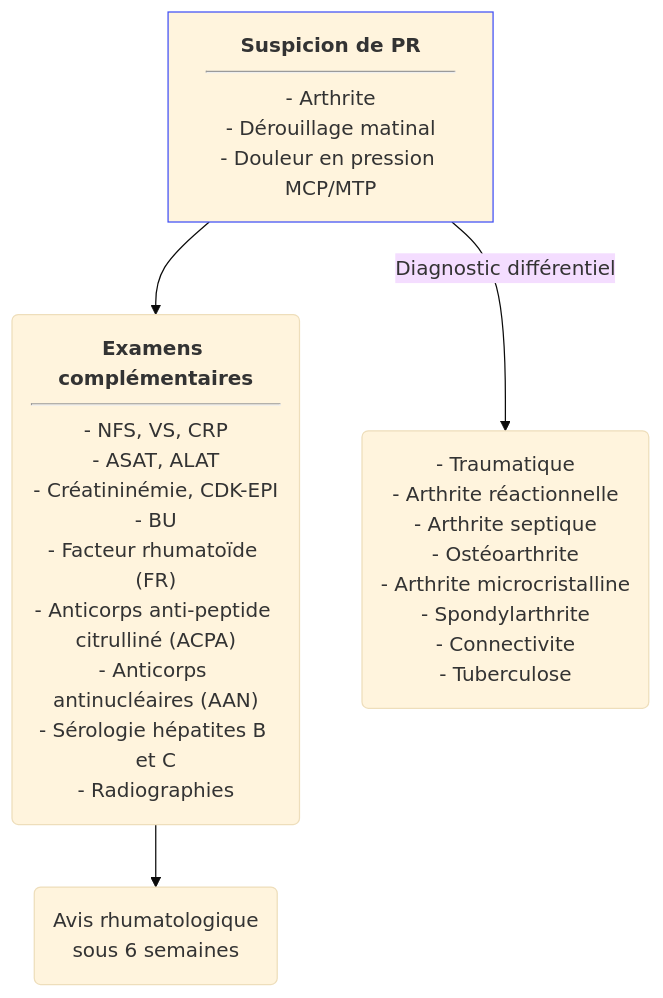
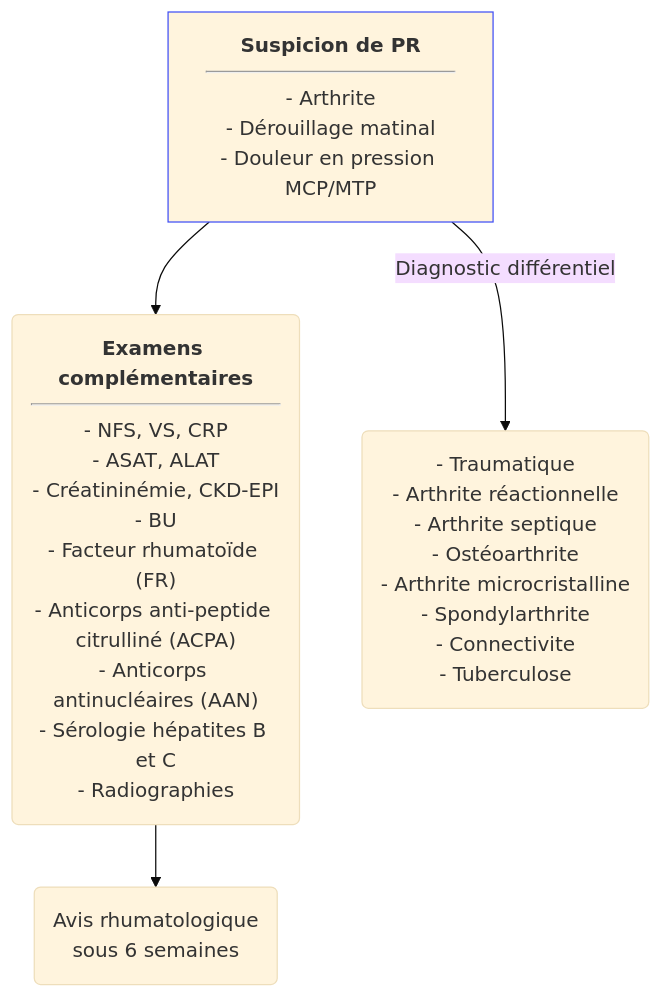
One commit to djibe/recommandations-medicales changed the diagram in content/recommandations/polyarthrite-rhumatoide.md. Above: the diagram before and after it, drawn with Mermaid (base theme). The commit also changed other lines of this file and 17 other files, not shown here.

```diff
--- a/content/recommandations/polyarthrite-rhumatoide.md
+++ b/content/recommandations/polyarthrite-rhumatoide.md
@@ -279,8 +279,8 @@
 {{< mermaid title="Conduite à tenir pour le diagnostic de la polyarthrite rhumatoïde. Dr JB FRON d'après SFRhumato 2018" >}}
 graph TB
   suspicion["<b>Suspicion de PR</b><hr>- Arthrite<br>- Dérouillage matinal<br>- Douleur en pression MCP/MTP"]
   style suspicion stroke:#4150f5, stroke-width:1px
-    suspicion --> bilan("<b>Examens complémentaires</b><hr>- NFS, VS, CRP<br>- ASAT, ALAT<br>- Créatininémie, CDK-EPI<br>- BU<br>- Facteur rhumatoïde (FR)<br>- Anticorps anti-peptide citrulliné (ACPA)<br>- Anticorps antinucléaires (AAN)<br>- Sérologie hépatites B et C<br>- Radiographies")
+    suspicion --> bilan("<b>Examens complémentaires</b><hr>- NFS, VS, CRP<br>- ASAT, ALAT<br>- Créatininémie, CKD-EPI<br>- BU<br>- Facteur rhumatoïde (FR)<br>- Anticorps anti-peptide citrulliné (ACPA)<br>- Anticorps antinucléaires (AAN)<br>- Sérologie hépatites B et C<br>- Radiographies")
       bilan --> rhumato("Avis rhumatologique<br>sous 6 semaines")
     suspicion -- Diagnostic différentiel --> differentiel("- Traumatique<br>- Arthrite réactionnelle<br>- Arthrite septique<br>- Ostéoarthrite<br>- Arthrite microcristalline<br>- Spondylarthrite<br>- Connectivite<br>- Tuberculose")
 {{< /mermaid >}}
```
